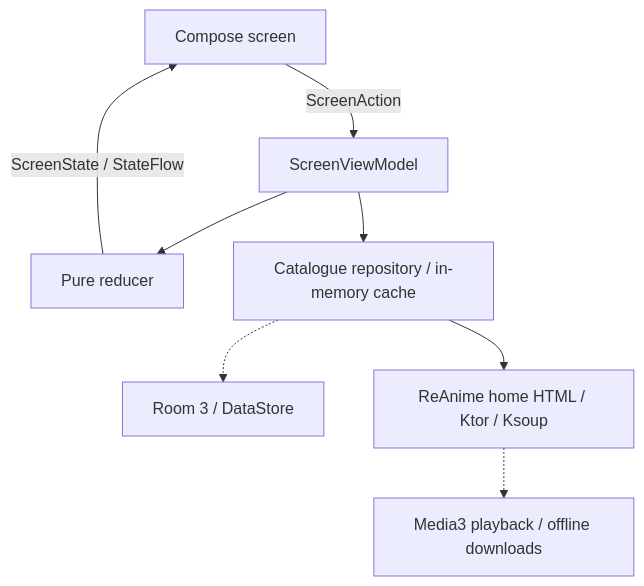
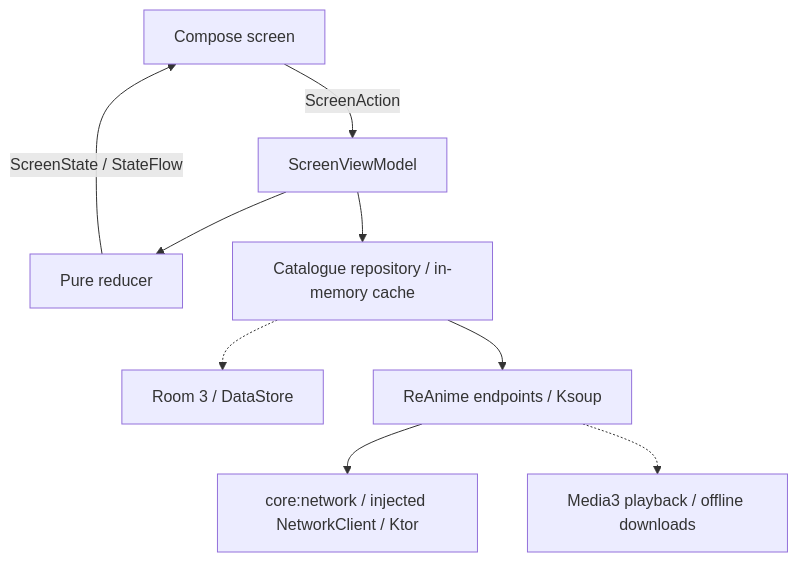
One commit to Act-Aks/reanime changed the diagram in README.md. Above: the diagram before and after it, drawn with Mermaid. The commit also changed other lines of this file and 46 other files, not shown here.

````diff
--- a/README.md
+++ b/README.md
@@ -151,10 +159,11 @@
 ```mermaid
 flowchart TD
     UI[Compose screen] -->|ScreenAction| VM[ScreenViewModel]
     VM --> R[Pure reducer]
     R -->|ScreenState / StateFlow| UI
     VM --> Repo[Catalogue repository / in-memory cache]
     Repo -.-> Local[Room 3 / DataStore]
-    Repo --> Source[ReAnime home HTML / Ktor / Ksoup]
+    Repo --> Source[ReAnime endpoints / Ksoup]
+    Source --> Network[core:network / injected NetworkClient / Ktor]
     Source -.-> Media[Media3 playback / offline downloads]
 ```
````
